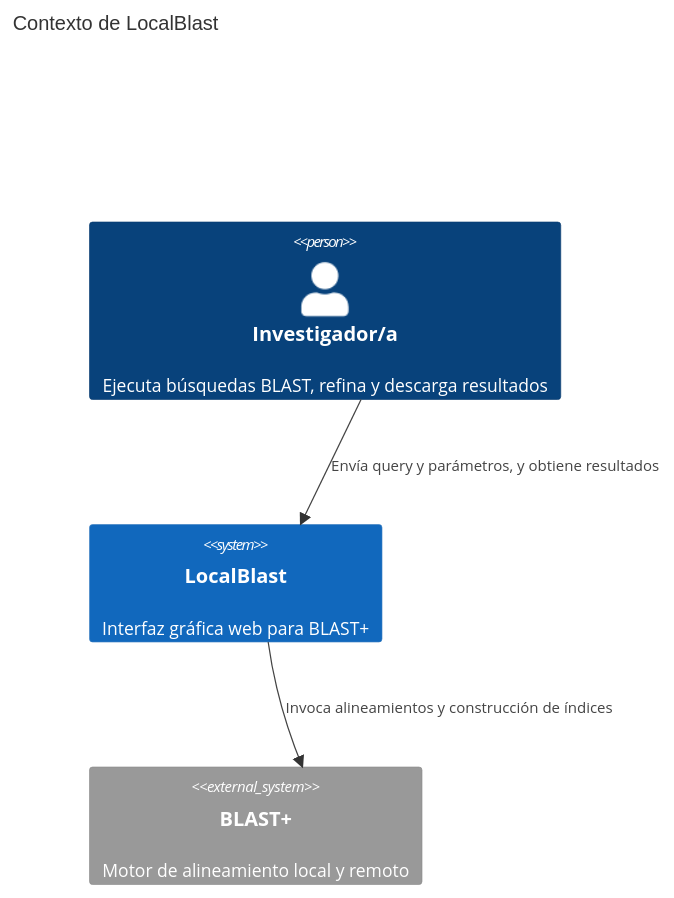
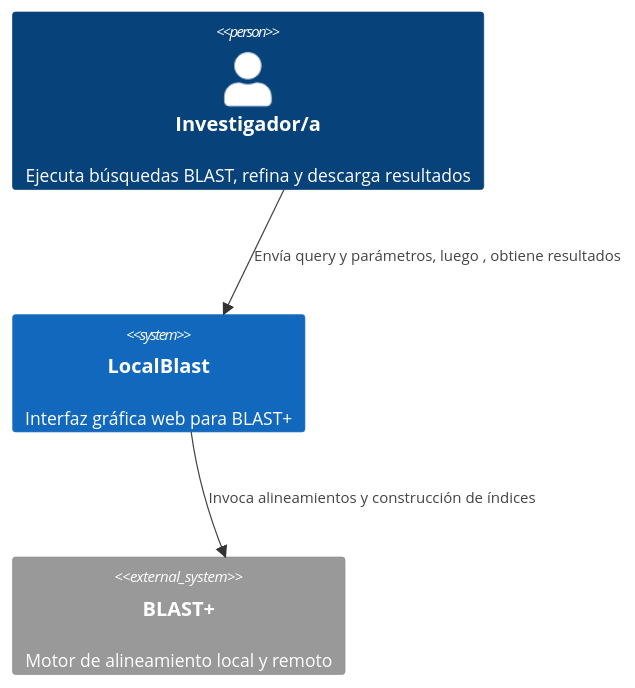
The first of 3 diagrams in docs/architecture/architecture.md (AgustinGaitan2/LocalBlast_2026), drawn with Mermaid before and after one commit. The commit also changed other lines of this file, not shown here.

Commit message:
docs (architecture.md): agrego más redaccion

````diff
--- a/docs/architecture/architecture.md
+++ b/docs/architecture/architecture.md
@@ -74,13 +74,11 @@
 ```mermaid
 C4Context
-    title Contexto de LocalBlast
-    
     Person(inv, "Investigador/a", "Ejecuta búsquedas BLAST, refina y descarga resultados")
     System(lb, "LocalBlast", "Interfaz gráfica web para BLAST+")
     System_Ext(blast, "BLAST+", "Motor de alineamiento local y remoto")
     
-    Rel_Down(inv, lb, "Envía query y parámetros, y obtiene resultados")
+    Rel_Down(inv, lb, "Envía query y parámetros, luego , obtiene resultados")
     Rel_Down(lb, blast, "Invoca alineamientos y construcción de índices")
     
     UpdateLayoutConfig($c4ShapeInRow="1")
 ```
````
